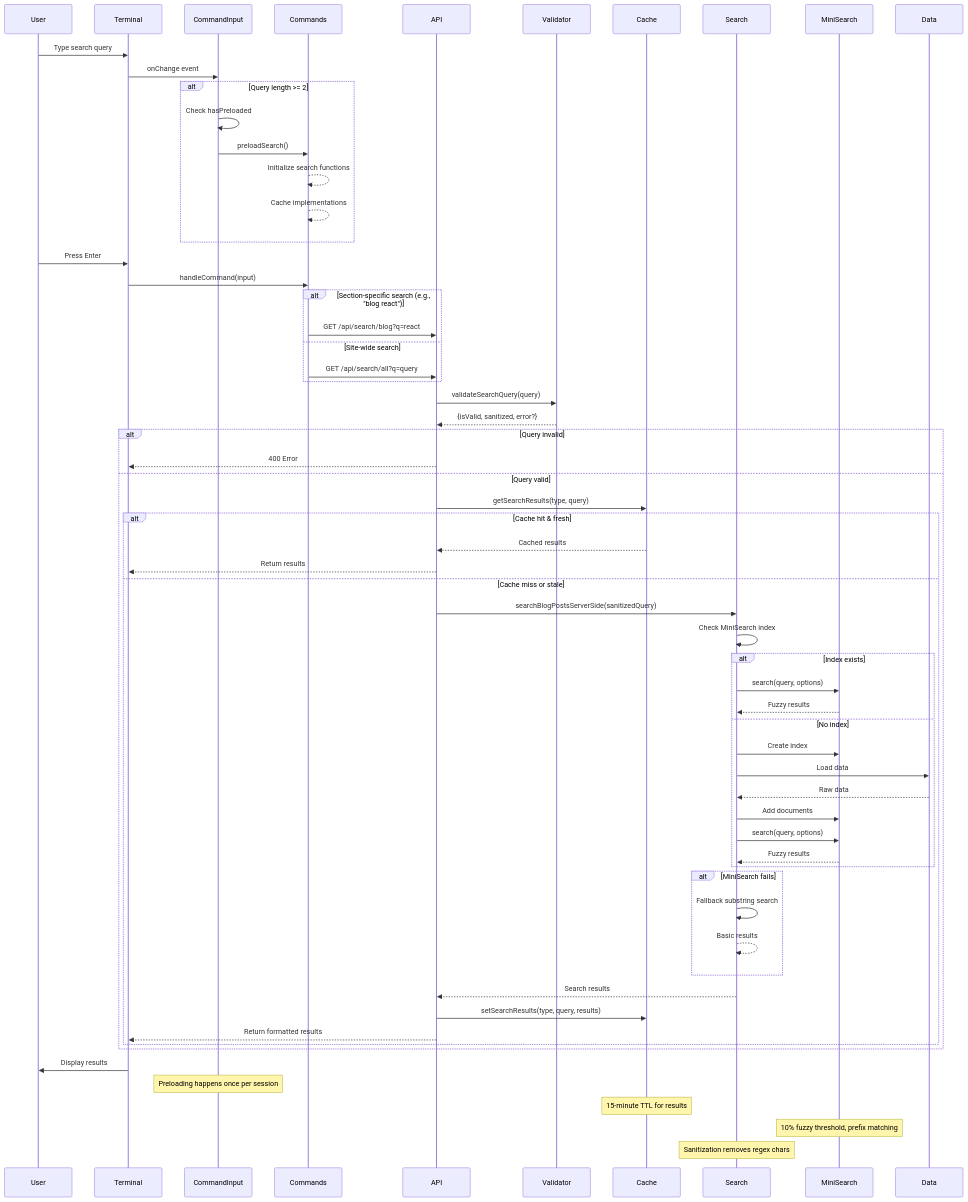
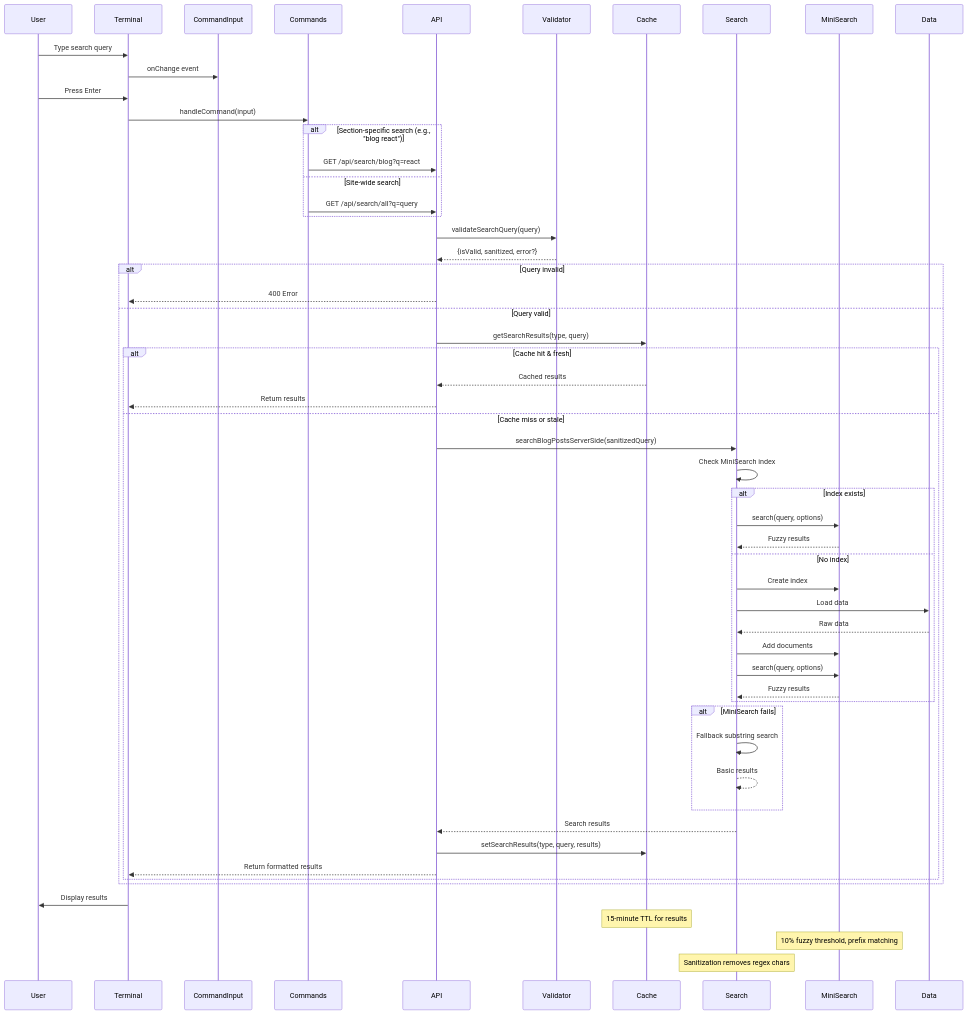
Before and after one commit to WilliamAGH/williamcallahan.com: the second of 2 diagrams in docs/features/search.mmd, drawn with Mermaid. The commit also changed other lines of this file and 20 other files, not shown here.

```diff
--- a/docs/features/search.mmd
+++ b/docs/features/search.mmd
@@ -108,14 +100,6 @@
     %% User starts typing
     User->>Terminal: Type search query
     Terminal->>CommandInput: onChange event
-    
-    %% Lazy loading trigger
-    alt Query length >= 2
-        CommandInput->>CommandInput: Check hasPreloaded
-        CommandInput->>Commands: preloadSearch()
-        Commands-->>Commands: Initialize search functions
-        Commands-->>Commands: Cache implementations
-    end
     
     %% User submits search
     User->>Terminal: Press Enter
@@ -172,7 +156,6 @@
     Terminal->>User: Display results
     
     %% Notes
-    note over CommandInput: Preloading happens once per session
     note over Cache: 15-minute TTL for results
     note over MiniSearch: 10% fuzzy threshold, prefix matching
     note over Search: Sanitization removes regex chars
```
